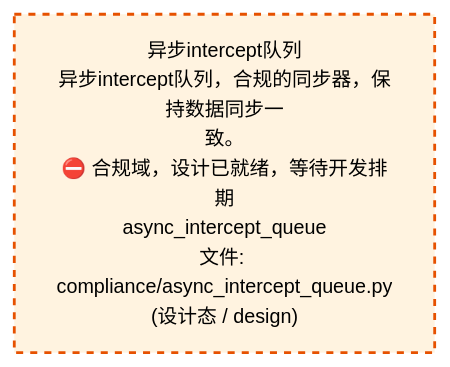
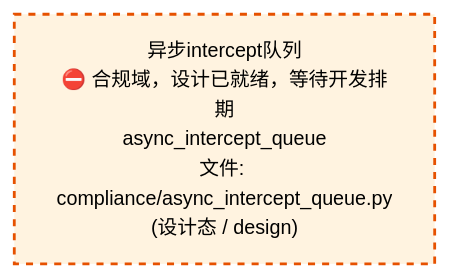
The third of 4 diagrams in docs/02_enterprise_architecture/02_domain_architecture_docs/38_d_compliance.md (xuanFelixVan/ZephyrAlpha), drawn with Mermaid before and after one commit. The commit also changed other lines of this file and 61 other files, not shown here.

````diff
--- a/docs/02_enterprise_architecture/02_domain_architecture_docs/38_d_compliance.md
+++ b/docs/02_enterprise_architecture/02_domain_architecture_docs/38_d_compliance.md
@@ -109,10 +108,10 @@
 ```mermaid
 %%{init: {'theme': 'base', 'themeVariables': {'primaryColor': '#eaeaea', 'primaryTextColor': '#333333', 'primaryBorderColor': '#666666', 'lineColor': '#666666', 'secondaryColor': '#eaeaea', 'tertiaryColor': '#eaeaea', 'fontSize': '14px'}}}%%
 flowchart TD
-    src_zephyr_compliance_async_intercept_queue_py["异步intercept队列<br/>异步intercept队列，合规的同步器，保持数据同步一<br/>致。<br/>⛔ 合规域，设计已就绪，等待开发排期<br/>async_intercept_queue<br/>文件: compliance/async_intercept_queue.py<br/>(设计态 / design)"]
+    src_zephyr_compliance_async_intercept_queue_py["异步intercept队列<br/>⛔ 合规域，设计已就绪，等待开发排期<br/>async_intercept_queue<br/>文件: compliance/async_intercept_queue.py<br/>(设计态 / design)"]
     classDef production fill:#e1f5fe,stroke:#01579b,stroke-width:2px,color:#000
     classDef design fill:#fff3e0,stroke:#e65100,stroke-width:2px,color:#000,stroke-dasharray: 5 5
     classDef external_prod fill:#e8f4fd,stroke:#0277bd,stroke-width:1px,color:#000
     classDef external_design fill:#fff8e7,stroke:#ef6c00,stroke-width:1px,color:#000,stroke-dasharray: 5 5
     class src_zephyr_compliance_async_intercept_queue_py design
 ```
````
